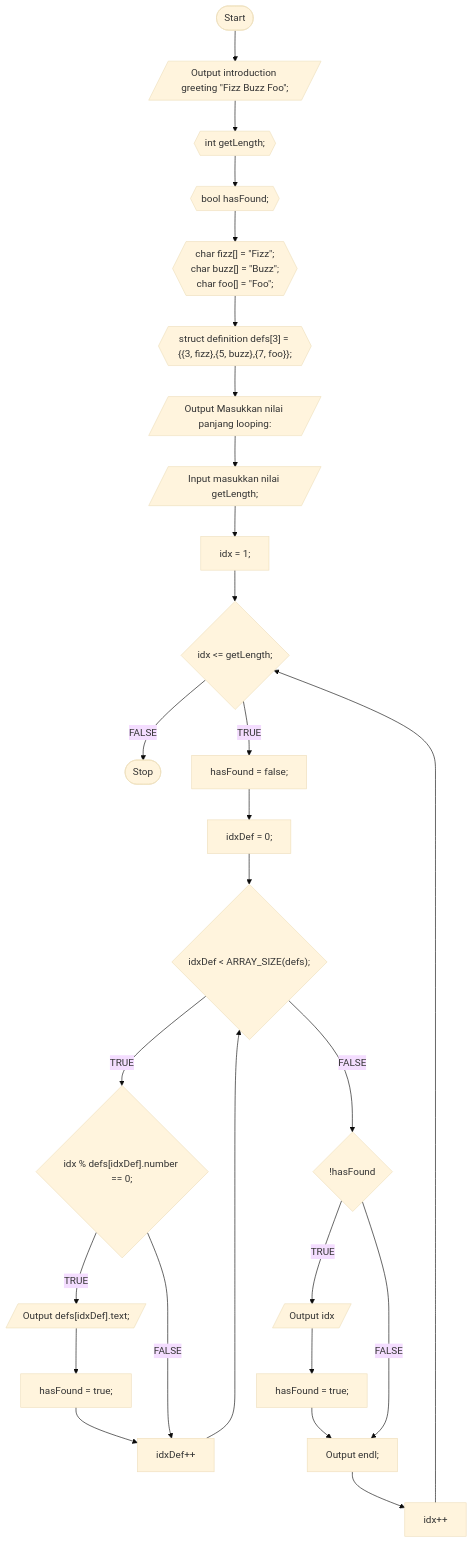
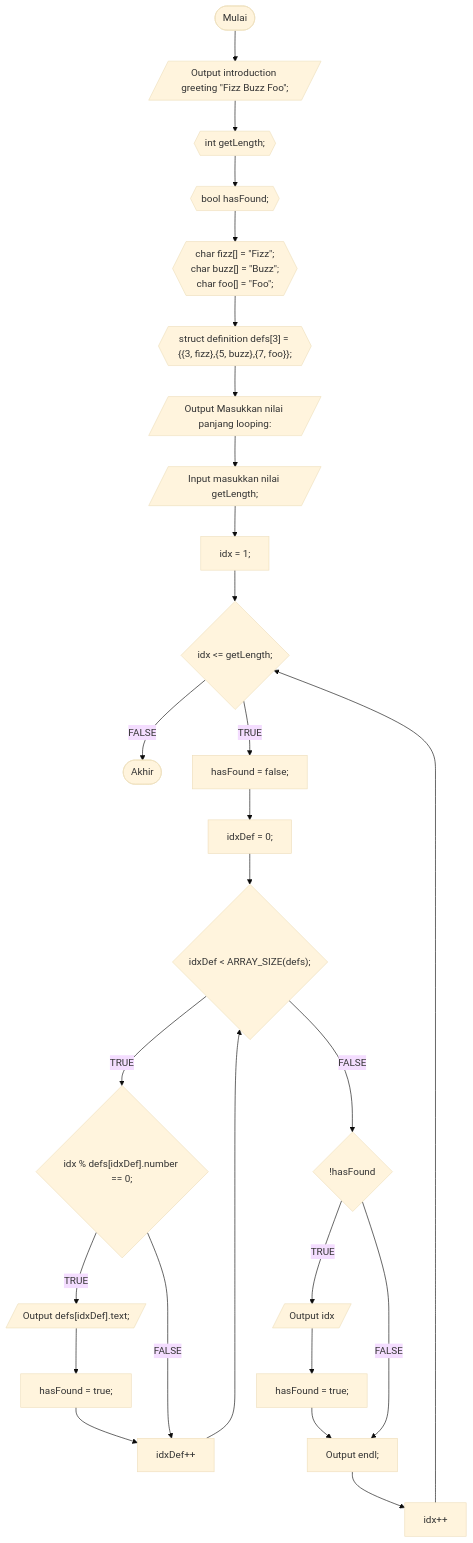
One commit to rizalarfiyan/fizzbuzzfoo changed the diagram in README.md. Above: the diagram before and after it, drawn with Mermaid (base theme).

Commit message:
Update flowchart typo in README.md

````diff
--- a/README.md
+++ b/README.md
@@ -10,52 +10,52 @@
 ```mermaid
 graph TD
-    start(["Start"])
-    stop(["Stop"])
+    start(["Mulai"])
+    stop(["Akhir"])
     intro[/"Output introduction greeting #quot;Fizz Buzz Foo#quot;;"/]
     declare1{{"int getLength;"}}
     declare2{{"bool hasFound;"}}
     declare3{{"char fizz[] = #quot;Fizz#quot;; \n char buzz[] = #quot;Buzz#quot;; \n char foo[] = #quot;Foo#quot;;"}}
     declare4{{"struct definition defs[3] = {{3, fizz},{5, buzz},{7, foo}};"}}
     print1[/"Output Masukkan nilai panjang looping: "/]
     input1[/"Input masukkan nilai getLength;"/]
     loop1["idx = 1;"]
     loop2{"idx <= getLength;"}
     loop3["hasFound = false;"]
     loop4["idxDef = 0;"]
     loop5{"idxDef < ARRAY_SIZE(defs);"}
     loop6{"idx % defs[idxDef].number == 0;"}
     loop7[/"Output defs[idxDef].text;"/]
     loop8["hasFound = true;"]
     loop9["idxDef++"]
     loop10{"!hasFound"}
     loop11[/"Output idx"/]
     loop12["hasFound = true;"]
     loop13["Output endl;"]
     loop14["idx++"]
     start --> intro
     intro --> declare1
     declare1 --> declare2
     declare2 --> declare3
     declare3 --> declare4
     declare4 --> print1
     print1 --> input1
     input1 --> loop1
     loop1 --> loop2
     loop2 --> |FALSE|stop
     loop2 --> |TRUE|loop3
     loop3 --> loop4
     loop4 --> loop5
     loop5 --> |TRUE|loop6
     loop6 --> |TRUE|loop7
     loop7 --> loop8
     loop8 --> loop9
     loop6 --> |FALSE|loop9
     loop9 --> loop5
     loop5 --> |FALSE|loop10
     loop10 --> |TRUE|loop11
     loop11 --> loop12
     loop12 --> loop13
     loop10 --> |FALSE|loop13
     loop13 --> loop14
     loop14 --> loop2
 ```
````
